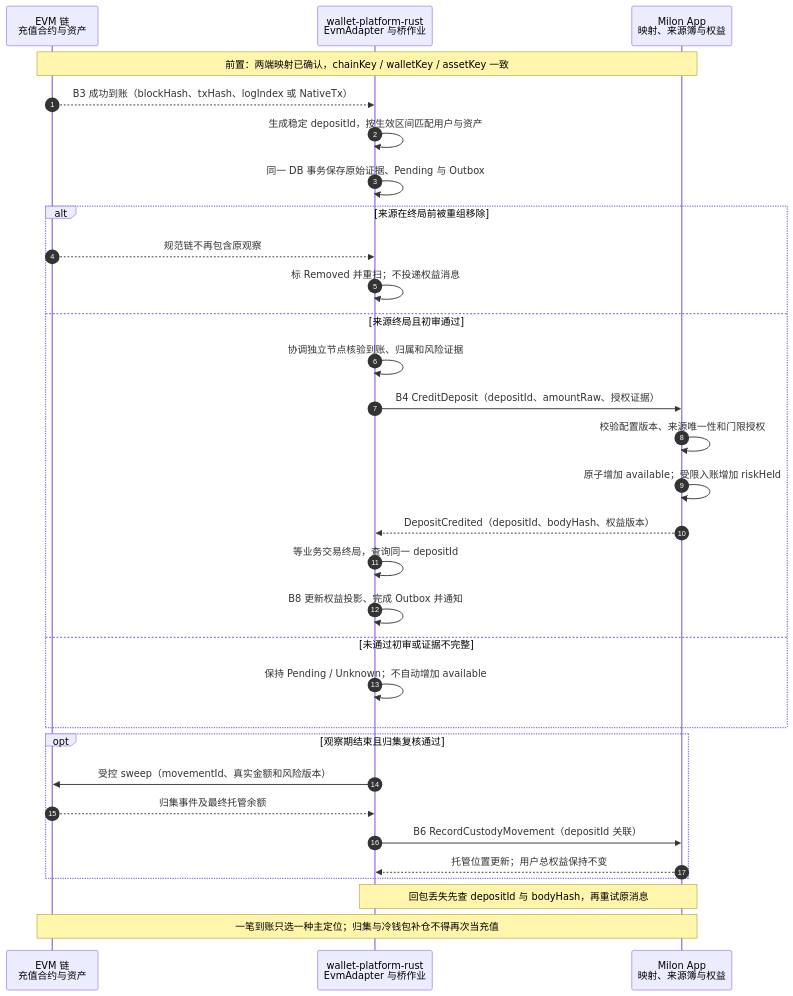
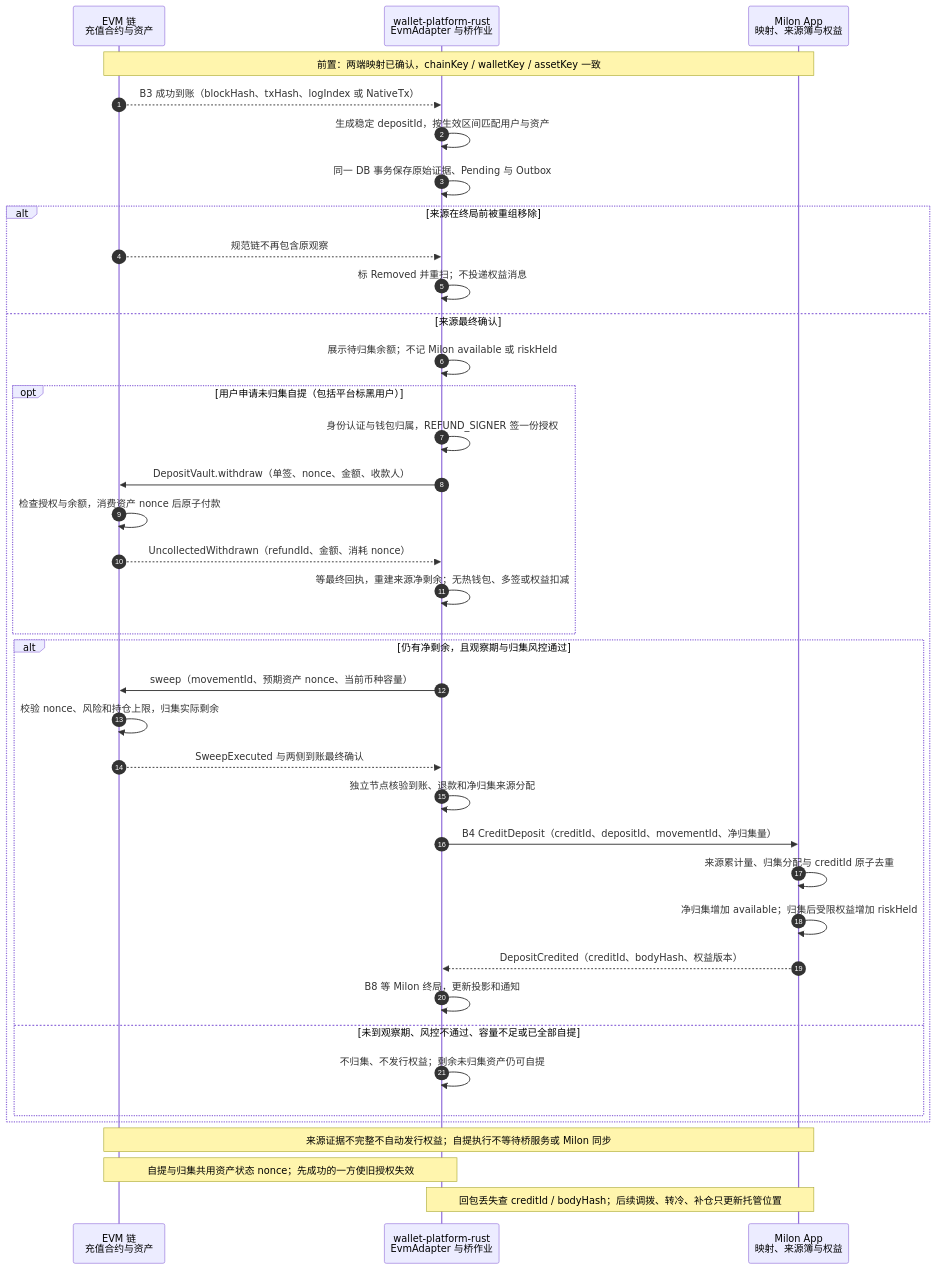
Before and after one commit to Alonoril/wallet-platform: the diagram in docs-v2/evm-wallet-platform-contract-design/20261011-cross-chain-deposit-sequence.mmd, drawn with Mermaid. The commit also changed 12 other files, not shown here.

```diff
--- a/docs-v2/evm-wallet-platform-contract-design/20261011-cross-chain-deposit-sequence.mmd
+++ b/docs-v2/evm-wallet-platform-contract-design/20261011-cross-chain-deposit-sequence.mmd
@@ -1,35 +1,41 @@
 sequenceDiagram
     autonumber
     participant E as EVM 链<br/>充值合约与资产
     participant R as wallet-platform-rust<br/>EvmAdapter 与桥作业
     participant M as Milon App<br/>映射、来源簿与权益
 
     Note over E,M: 前置：两端映射已确认，chainKey / walletKey / assetKey 一致
     E-->>R: B3 成功到账（blockHash、txHash、logIndex 或 NativeTx）
     R->>R: 生成稳定 depositId，按生效区间匹配用户与资产
     R->>R: 同一 DB 事务保存原始证据、Pending 与 Outbox
 
     alt 来源在终局前被重组移除
         E-->>R: 规范链不再包含原观察
         R->>R: 标 Removed 并重扫；不投递权益消息
-    else 来源终局且初审通过
-        R->>R: 协调独立节点核验到账、归属和风险证据
-        R->>M: B4 CreditDeposit（depositId、amountRaw、授权证据）
-        M->>M: 校验配置版本、来源唯一性和门限授权
-        M->>M: 原子增加 available；受限入账增加 riskHeld
-        M-->>R: DepositCredited（depositId、bodyHash、权益版本）
-        R->>R: 等业务交易终局，查询同一 depositId
-        R->>R: B8 更新权益投影、完成 Outbox 并通知
-    else 未通过初审或证据不完整
-        R->>R: 保持 Pending / Unknown；不自动增加 available
+    else 来源最终确认
+        R->>R: 展示待归集余额；不记 Milon available 或 riskHeld
+        opt 用户申请未归集自提（包括平台标黑用户）
+            R->>R: 身份认证与钱包归属，REFUND_SIGNER 签一份授权
+            R->>E: DepositVault.withdraw（单签、nonce、金额、收款人）
+            E->>E: 检查授权与余额，消费资产 nonce 后原子付款
+            E-->>R: UncollectedWithdrawn（refundId、金额、消耗 nonce）
+            R->>R: 等最终回执，重建来源净剩余；无热钱包、多签或权益扣减
+        end
+        alt 仍有净剩余，且观察期与归集风控通过
+            R->>E: sweep（movementId、预期资产 nonce、当前币种容量）
+            E->>E: 校验 nonce、风险和持仓上限，归集实际剩余
+            E-->>R: SweepExecuted 与两侧到账最终确认
+            R->>R: 独立节点核验到账、退款和净归集来源分配
+            R->>M: B4 CreditDeposit（creditId、depositId、movementId、净归集量）
+            M->>M: 来源累计量、归集分配与 creditId 原子去重
+            M->>M: 净归集增加 available；归集后受限权益增加 riskHeld
+            M-->>R: DepositCredited（creditId、bodyHash、权益版本）
+            R->>R: B8 等 Milon 终局，更新投影和通知
+        else 未到观察期、风控不通过、容量不足或已全部自提
+            R->>R: 不归集、不发行权益；剩余未归集资产仍可自提
+        end
     end
 
-    opt 观察期结束且归集复核通过
-        R->>E: 受控 sweep（movementId、真实金额和风险版本）
-        E-->>R: 归集事件及最终托管余额
-        R->>M: B6 RecordCustodyMovement（depositId 关联）
-        M-->>R: 托管位置更新；用户总权益保持不变
-    end
-
-    Note over R,M: 回包丢失先查 depositId 与 bodyHash，再重试原消息
-    Note over E,M: 一笔到账只选一种主定位；归集与冷钱包补仓不得再次当充值
+    Note over E,M: 来源证据不完整不自动发行权益；自提执行不等待桥服务或 Milon 同步
+    Note over E,R: 自提与归集共用资产状态 nonce；先成功的一方使旧授权失效
+    Note over R,M: 回包丢失查 creditId / bodyHash；后续调拨、转冷、补仓只更新托管位置
```
